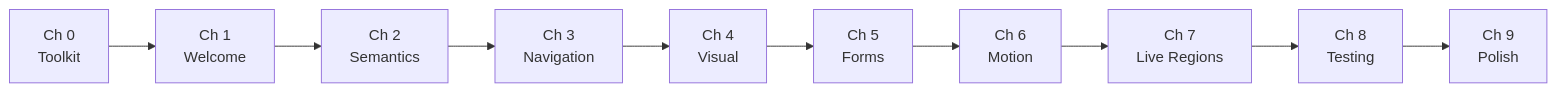
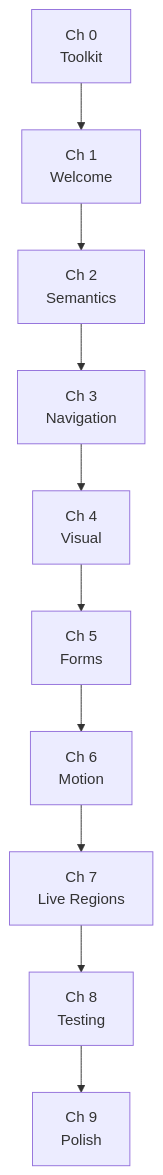
One commit to team360r/AccessBank changed the second of 2 diagrams in docs-site/docs/intro.md. Above: the diagram before and after it, drawn with Mermaid. The commit also changed other lines of this file, not shown here.

Commit message:
fix: use br/ line breaks in Mermaid labels, switch learning path to vertical layout

````diff
--- a/docs-site/docs/intro.md
+++ b/docs-site/docs/intro.md
@@ -44,12 +44,12 @@
 ```mermaid
-graph LR
+graph TD
     C0["Ch 0\nToolkit"] --> C1["Ch 1\nWelcome"]
     C1 --> C2["Ch 2\nSemantics"]
     C2 --> C3["Ch 3\nNavigation"]
     C3 --> C4["Ch 4\nVisual"]
     C4 --> C5["Ch 5\nForms"]
     C5 --> C6["Ch 6\nMotion"]
     C6 --> C7["Ch 7\nLive Regions"]
     C7 --> C8["Ch 8\nTesting"]
     C8 --> C9["Ch 9\nPolish"]
 ```
````
